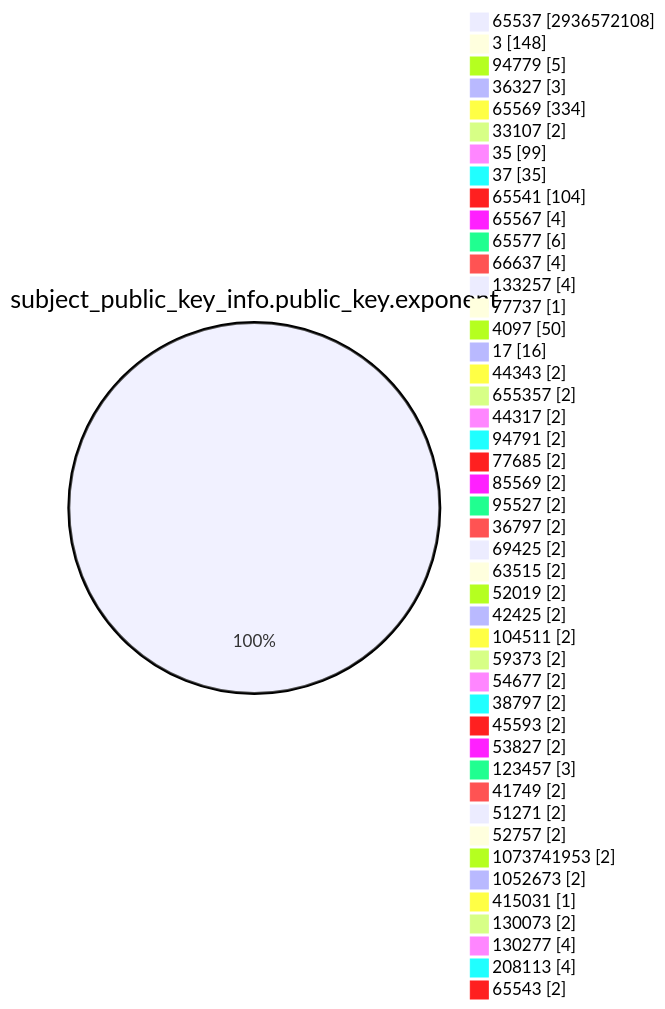
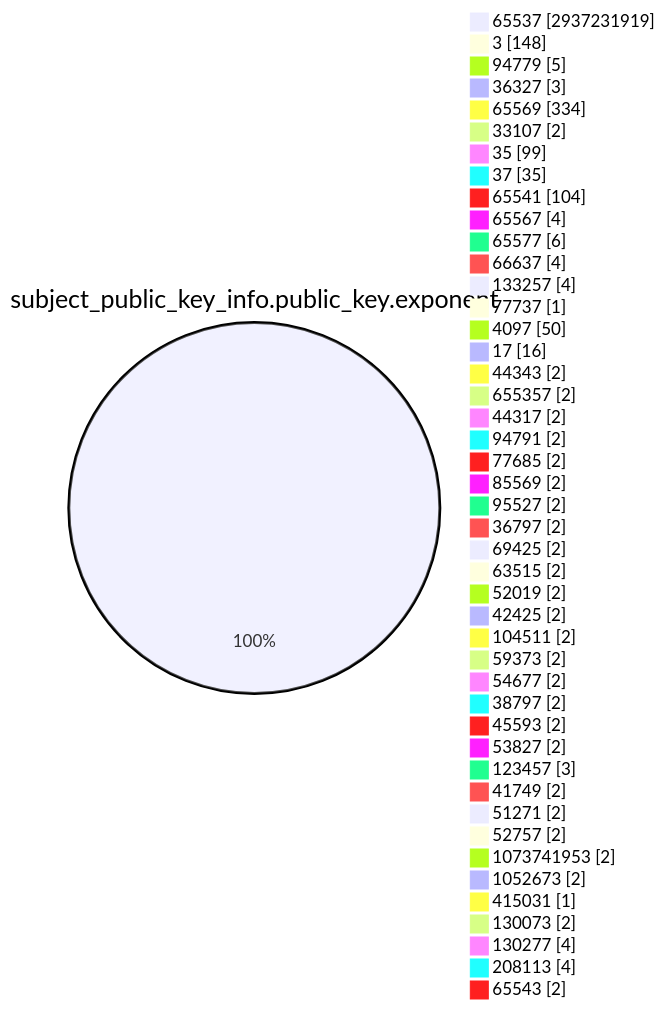
Before and after one commit to christiankrug/ctmonitor_visualization: the fourth of 15 diagrams in TOTAL/README.md, drawn with Mermaid. The commit also changed other lines of this file, not shown here.

````diff
--- a/TOTAL/README.md
+++ b/TOTAL/README.md
@@ -1470,49 +1470,49 @@
 ```mermaid
 pie showData
 title subject_public_key_info.public_key.exponent
-"65537" :2936572108
+"65537" :2937231919
 "3" :148
 "94779" :5
 "36327" :3
 "65569" :334
 "33107" :2
 "35" :99
 "37" :35
 "65541" :104
 "65567" :4
 "65577" :6
 "66637" :4
 "133257" :4
 "77737" :1
 "4097" :50
 "17" :16
 "44343" :2
 "655357" :2
 "44317" :2
 "94791" :2
 "77685" :2
 "85569" :2
 "95527" :2
 "36797" :2
 "69425" :2
 "63515" :2
 "52019" :2
 "42425" :2
 "104511" :2
 "59373" :2
 "54677" :2
 "38797" :2
 "45593" :2
 "53827" :2
 "123457" :3
 "41749" :2
 "51271" :2
 "52757" :2
 "1073741953" :2
 "1052673" :2
 "415031" :1
 "130073" :2
 "130277" :4
 "208113" :4
 "65543" :2
 ```
````
